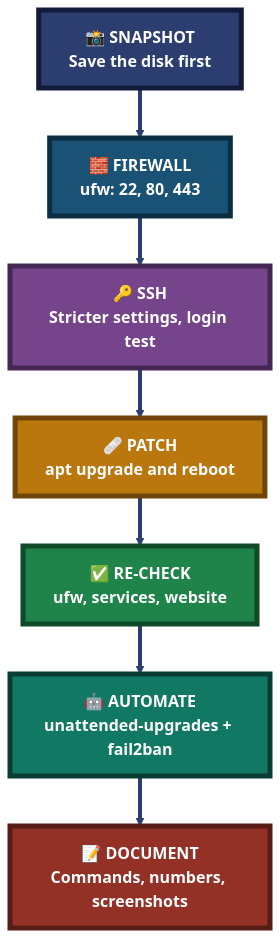
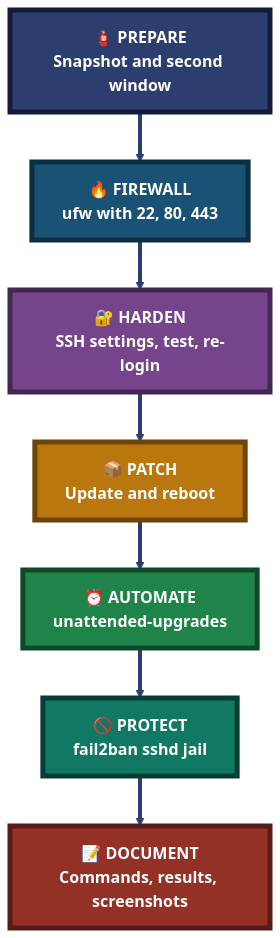
Before and after one commit to malaika-azhar/Linux-SysAdmin-Labs: the fifth of 5 diagrams in lab03-ssh-firewall-patching/README.md, drawn with Mermaid. The commit also changed other lines of this file, not shown here.

````diff
--- a/lab03-ssh-firewall-patching/README.md
+++ b/lab03-ssh-firewall-patching/README.md
@@ -549,22 +561,22 @@
 ```mermaid
 flowchart TB
-    Snp["📸 SNAPSHOT<br/>Save the disk first"]:::symClass
-    Fw["🧱 FIREWALL<br/>ufw: 22, 80, 443"]:::isoClass
-    Ssh["🔑 SSH<br/>Stricter settings, login test"]:::decClass
-    Pat["🩹 PATCH<br/>apt upgrade and reboot"]:::fixClass
-    Chk["✅ RE-CHECK<br/>ufw, services, website"]:::verClass
-    Aut["🤖 AUTOMATE<br/>unattended-upgrades + fail2ban"]:::repClass
-    Doc["📝 DOCUMENT<br/>Commands, numbers, screenshots"]:::docClass
+    Pre["🧯 PREPARE<br/>Snapshot and second window"]:::symClass
+    Fw["🔥 FIREWALL<br/>ufw with 22, 80, 443"]:::isoClass
+    Ssh["🔐 HARDEN<br/>SSH settings, test, re-login"]:::decClass
+    Pat["📦 PATCH<br/>Update and reboot"]:::fixClass
+    Aut["⏰ AUTOMATE<br/>unattended-upgrades"]:::verClass
+    Ban["🚫 PROTECT<br/>fail2ban sshd jail"]:::repClass
+    Doc["📝 DOCUMENT<br/>Commands, results, screenshots"]:::docClass
 
-    Snp --> Fw --> Ssh --> Pat --> Chk --> Aut --> Doc
+    Pre --> Fw --> Ssh --> Pat --> Aut --> Ban --> Doc
 
     classDef symClass fill:#2C3E70,stroke:#131B3A,stroke-width:5px,color:#FFFFFF,font-weight:bold,font-size:16px
     classDef isoClass fill:#1A5276,stroke:#0B2E43,stroke-width:5px,color:#FFFFFF,font-weight:bold,font-size:16px
     classDef decClass fill:#76448A,stroke:#432752,stroke-width:5px,color:#FFFFFF,font-weight:bold,font-size:16px
     classDef fixClass fill:#B9770E,stroke:#6E4409,stroke-width:5px,color:#FFFFFF,font-weight:bold,font-size:16px
     classDef verClass fill:#1E8449,stroke:#0E4A28,stroke-width:5px,color:#FFFFFF,font-weight:bold,font-size:16px
     classDef repClass fill:#117864,stroke:#083D33,stroke-width:5px,color:#FFFFFF,font-weight:bold,font-size:16px
     classDef docClass fill:#943126,stroke:#571C16,stroke-width:5px,color:#FFFFFF,font-weight:bold,font-size:16px
 
     linkStyle default stroke:#2C3E70,stroke-width:4px
 ```
````
